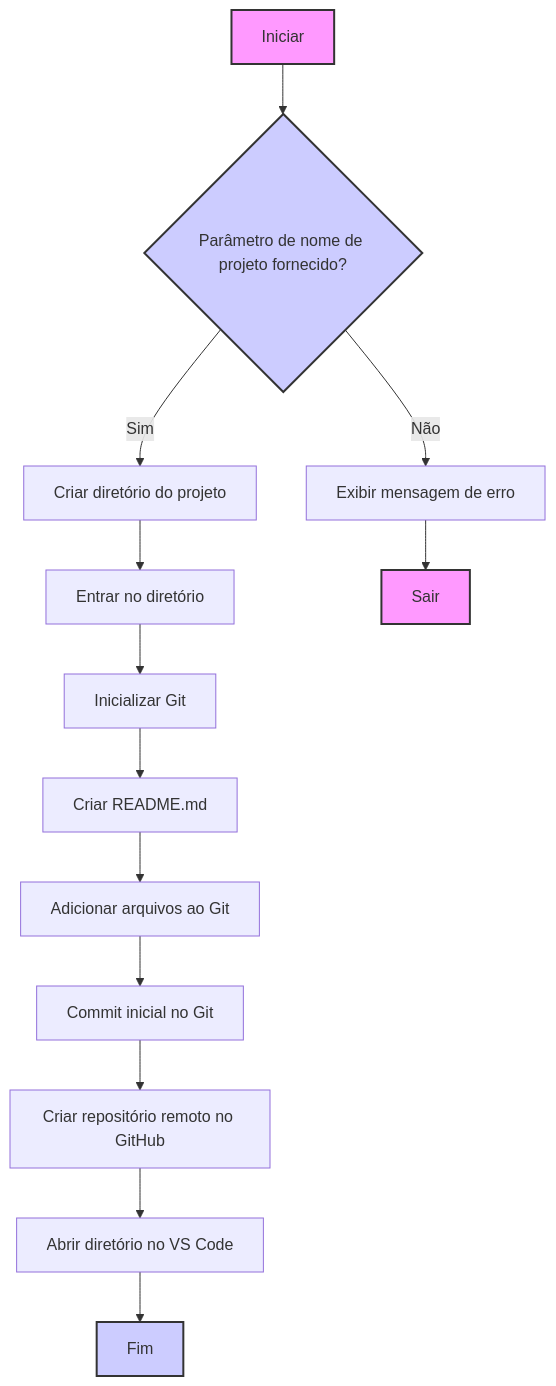
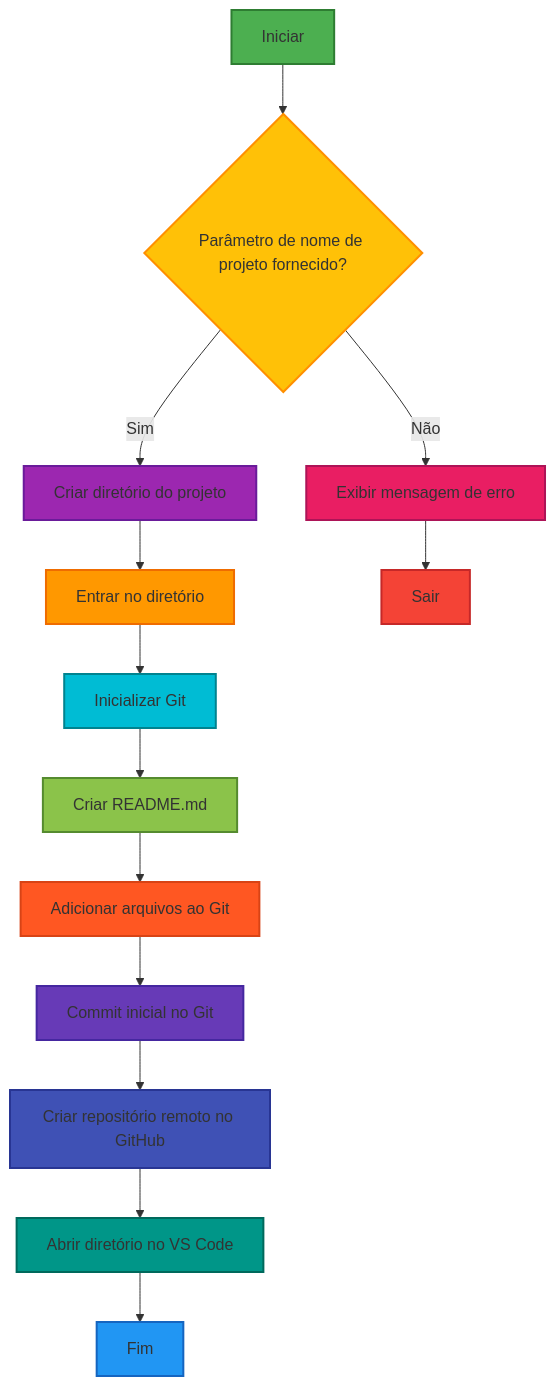
The diagram in docs/fluxo.md (neaigd/teste), drawn with Mermaid before and after one commit.

Commit message:
modifica cores do mermaid

````diff
--- a/docs/fluxo.md
+++ b/docs/fluxo.md
@@ -27,21 +27,30 @@
 ```mermaid
 graph TD
     A[Iniciar] --> B{Parâmetro de nome de projeto fornecido?}
     B -- Sim --> C[Criar diretório do projeto]
     C --> D[Entrar no diretório]
     D --> E[Inicializar Git]
     E --> F[Criar README.md]
     F --> G[Adicionar arquivos ao Git]
     G --> H[Commit inicial no Git]
     H --> I[Criar repositório remoto no GitHub]
     I --> J[Abrir diretório no VS Code]
     J --> K[Fim]
     B -- Não --> L[Exibir mensagem de erro]
     L --> M[Sair]
 
-style A fill:#f9f,stroke:#333,stroke-width:2px
-style M fill:#f9f,stroke:#333,stroke-width:2px
-style K fill:#ccf,stroke:#333,stroke-width:2px
-style B fill:#ccf,stroke:#333,stroke-width:2px
+style A fill:#4CAF50,stroke:#2E7D32,stroke-width:2px
+style M fill:#F44336,stroke:#C62828,stroke-width:2px
+style K fill:#2196F3,stroke:#1565C0,stroke-width:2px
+style B fill:#FFC107,stroke:#FF8F00,stroke-width:2px
+style C fill:#9C27B0,stroke:#6A1B9A,stroke-width:2px
+style D fill:#FF9800,stroke:#EF6C00,stroke-width:2px
+style E fill:#00BCD4,stroke:#00838F,stroke-width:2px
+style F fill:#8BC34A,stroke:#558B2F,stroke-width:2px
+style G fill:#FF5722,stroke:#D84315,stroke-width:2px
+style H fill:#673AB7,stroke:#4527A0,stroke-width:2px
+style I fill:#3F51B5,stroke:#283593,stroke-width:2px
+style J fill:#009688,stroke:#00695C,stroke-width:2px
+style L fill:#E91E63,stroke:#AD1457,stroke-width:2px
 
 ```
````
